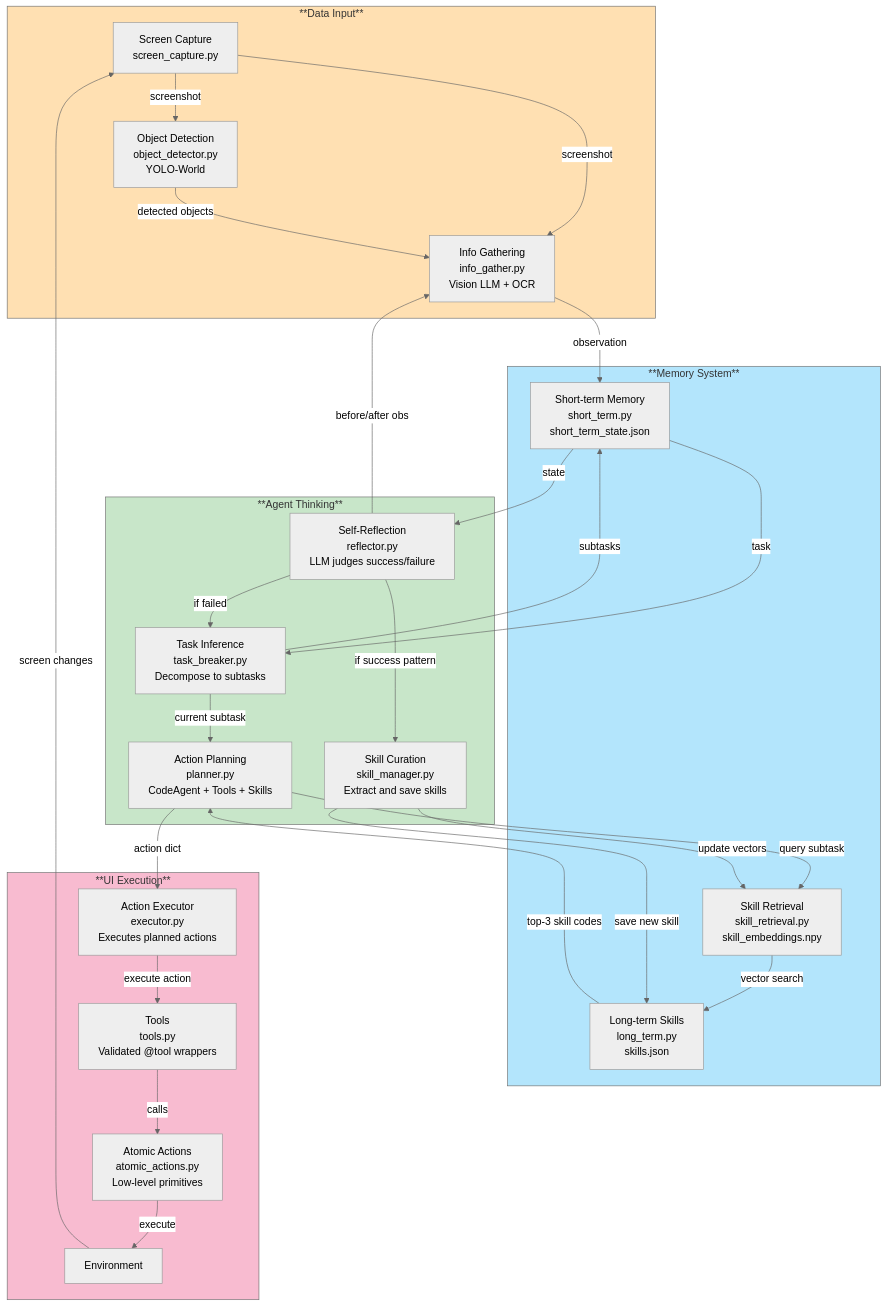
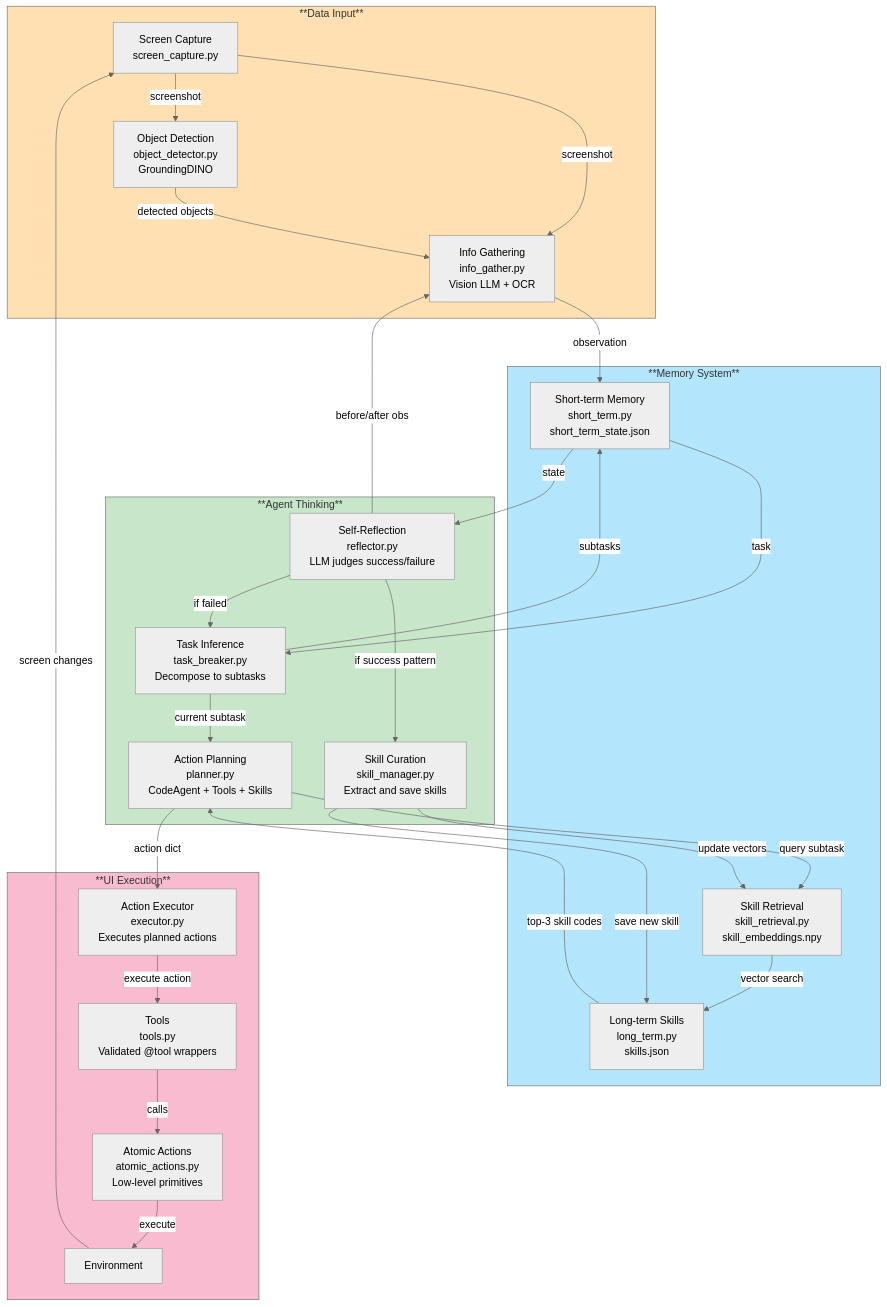
One commit to NokkTsang/AI_Gaming_Agent changed the second of 2 diagrams in README.md. Above: the diagram before and after it, drawn with Mermaid (neutral theme). The commit also changed other lines of this file and 6 other files, not shown here.

````diff
--- a/README.md
+++ b/README.md
@@ -127,65 +151,65 @@
 ```mermaid
 ---
 config:
   layout: dagre
 ---
 flowchart TB
     subgraph Input["**Data Input**"]
         A[Screen Capture<br/>screen_capture.py]
         B[Info Gathering<br/>info_gather.py<br/>Vision LLM + OCR]
-        B2[Object Detection<br/>object_detector.py<br/>YOLO-World]
+        B2[Object Detection<br/>object_detector.py<br/>GroundingDINO]
     end
 
     subgraph Memory["**Memory System**"]
         C1[Short-term Memory<br/>short_term.py<br/>short_term_state.json]
         C2[Long-term Skills<br/>long_term.py<br/>skills.json]
         C3[Skill Retrieval<br/>skill_retrieval.py<br/>skill_embeddings.npy]
     end
 
     subgraph Reasoning["**Agent Thinking**"]
         D[Self-Reflection<br/>reflector.py<br/>LLM judges success/failure]
         E[Task Inference<br/>task_breaker.py<br/>Decompose to subtasks]
         F[Skill Curation<br/>skill_manager.py<br/>Extract and save skills]
         G[Action Planning<br/>planner.py<br/>CodeAgent + Tools + Skills]
     end
 
     subgraph Output["**UI Execution**"]
         H1[Atomic Actions<br/>atomic_actions.py<br/>Low-level primitives]
         H2[Action Executor<br/>executor.py<br/>Executes planned actions]
         H3[Tools<br/>tools.py<br/>Validated @tool wrappers]
         I[Environment]
     end
 
     A -->|screenshot| B
     A -->|screenshot| B2
     B2 -->|detected objects| B
     B -->|observation| C1
 
     C1 -->|state| D
     C1 -->|task| E
 
     E -->|subtasks| C1
     E -->|current subtask| G
 
     G -->|query subtask| C3
     C3 -->|vector search| C2
     C2 -->|top-3 skill codes| G
 
     D -->|before/after obs| B
     D -->|if failed| E
     D -->|if success pattern| F
 
     F -->|save new skill| C2
     F -->|update vectors| C3
 
     G -->|action dict| H2
     H2 -->|execute action| H3
     H3 -->|calls| H1
     H1 -->|execute| I
     I -->|screen changes| A
 
     style Input fill:#FFE0B2
     style Memory fill:#B3E5FC
     style Reasoning fill:#C8E6C9
     style Output fill:#F8BBD0
 ```
````
